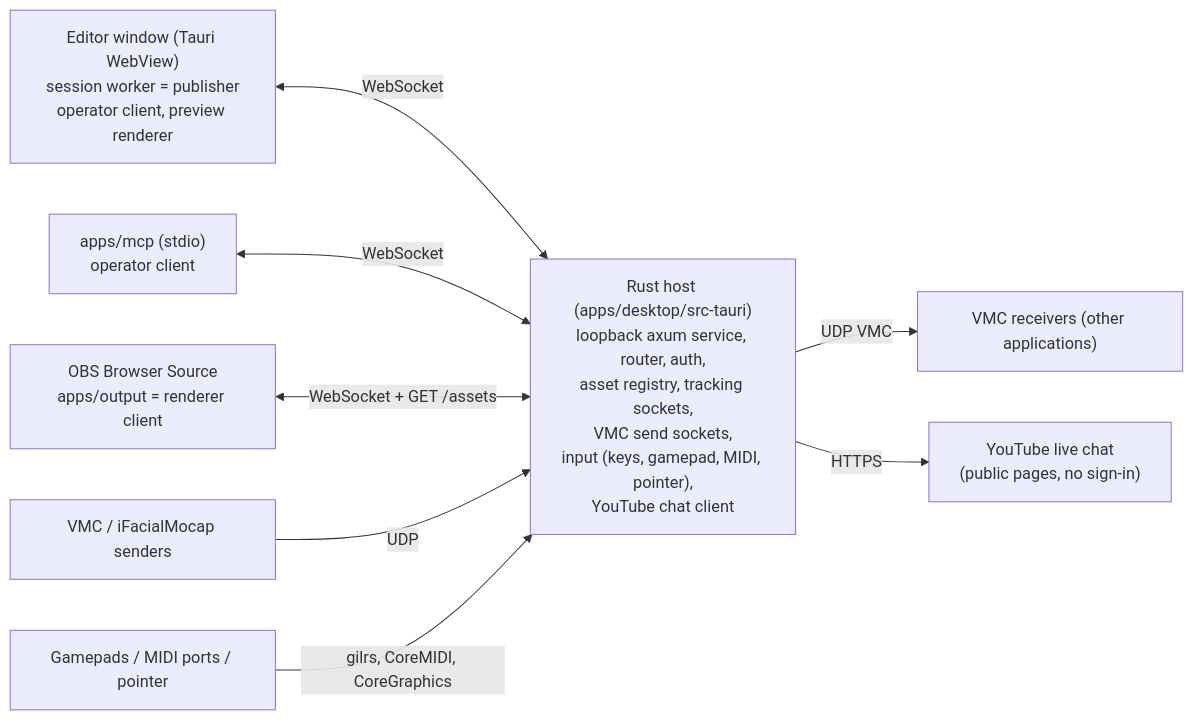
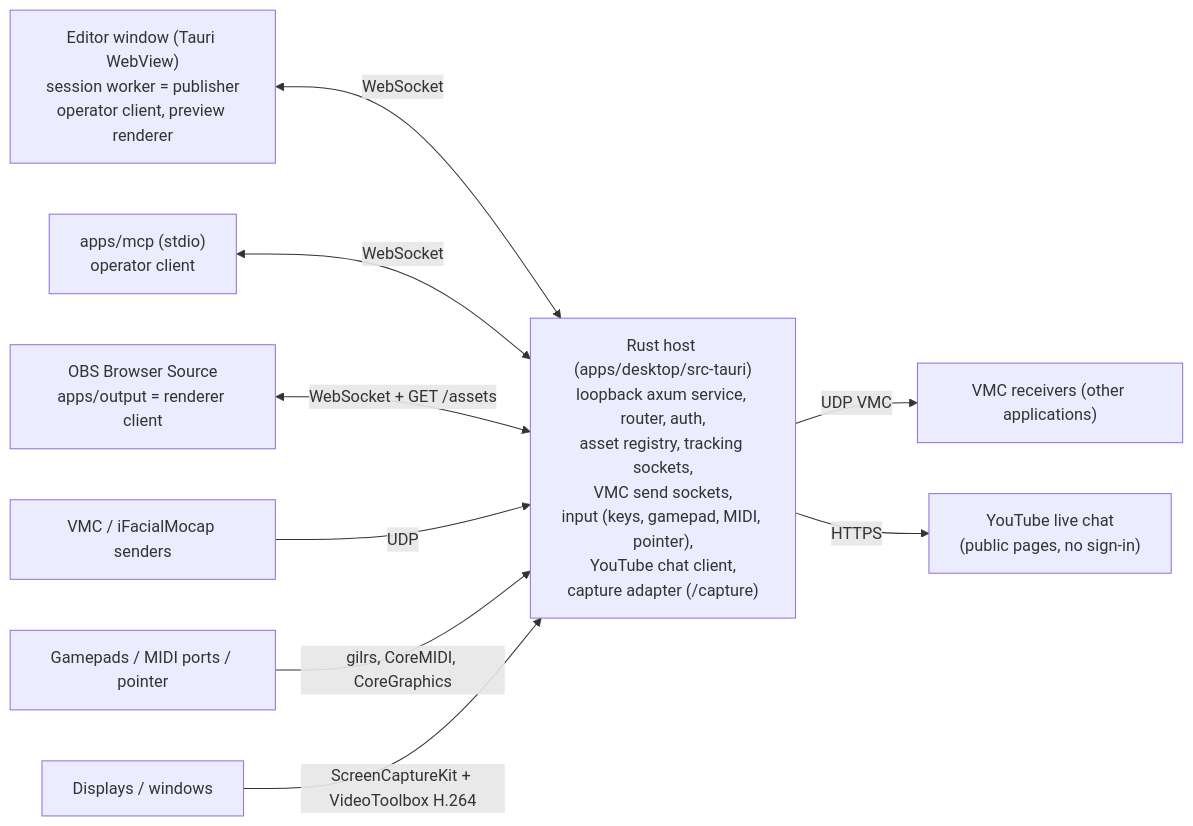
Before and after one commit to danirukun/opensekai: the diagram in ARCHITECTURE.md, drawn with Mermaid. The commit also changed other lines of this file and 2 other files, not shown here.

Commit message:
Type the Editor preview client as a renderer client; record the R14 hold depth and the capture path

````diff
--- a/ARCHITECTURE.md
+++ b/ARCHITECTURE.md
@@ -7,11 +7,12 @@
 ```mermaid
 flowchart LR
   Editor["Editor window (Tauri WebView)\nsession worker = publisher\noperator client, preview renderer"] <-->|WebSocket| Host
   MCP["apps/mcp (stdio)\noperator client"] <-->|WebSocket| Host
   OBS["OBS Browser Source\napps/output = renderer client"] <-->|WebSocket + GET /assets| Host
-  Host["Rust host (apps/desktop/src-tauri)\nloopback axum service, router, auth,\nasset registry, tracking sockets,\nVMC send sockets,\ninput (keys, gamepad, MIDI, pointer),\nYouTube chat client"]
+  Host["Rust host (apps/desktop/src-tauri)\nloopback axum service, router, auth,\nasset registry, tracking sockets,\nVMC send sockets,\ninput (keys, gamepad, MIDI, pointer),\nYouTube chat client,\ncapture adapter (/capture)"]
   Trackers["VMC / iFacialMocap senders"] -->|UDP| Host
   Host -->|UDP VMC| Receivers["VMC receivers (other applications)"]
   Devices["Gamepads / MIDI ports / pointer"] -->|gilrs, CoreMIDI, CoreGraphics| Host
   Host -->|HTTPS| YouTube["YouTube live chat\n(public pages, no sign-in)"]
+  Desktop["Displays / windows"] -->|ScreenCaptureKit + VideoToolbox H.264| Host
 ```
````
